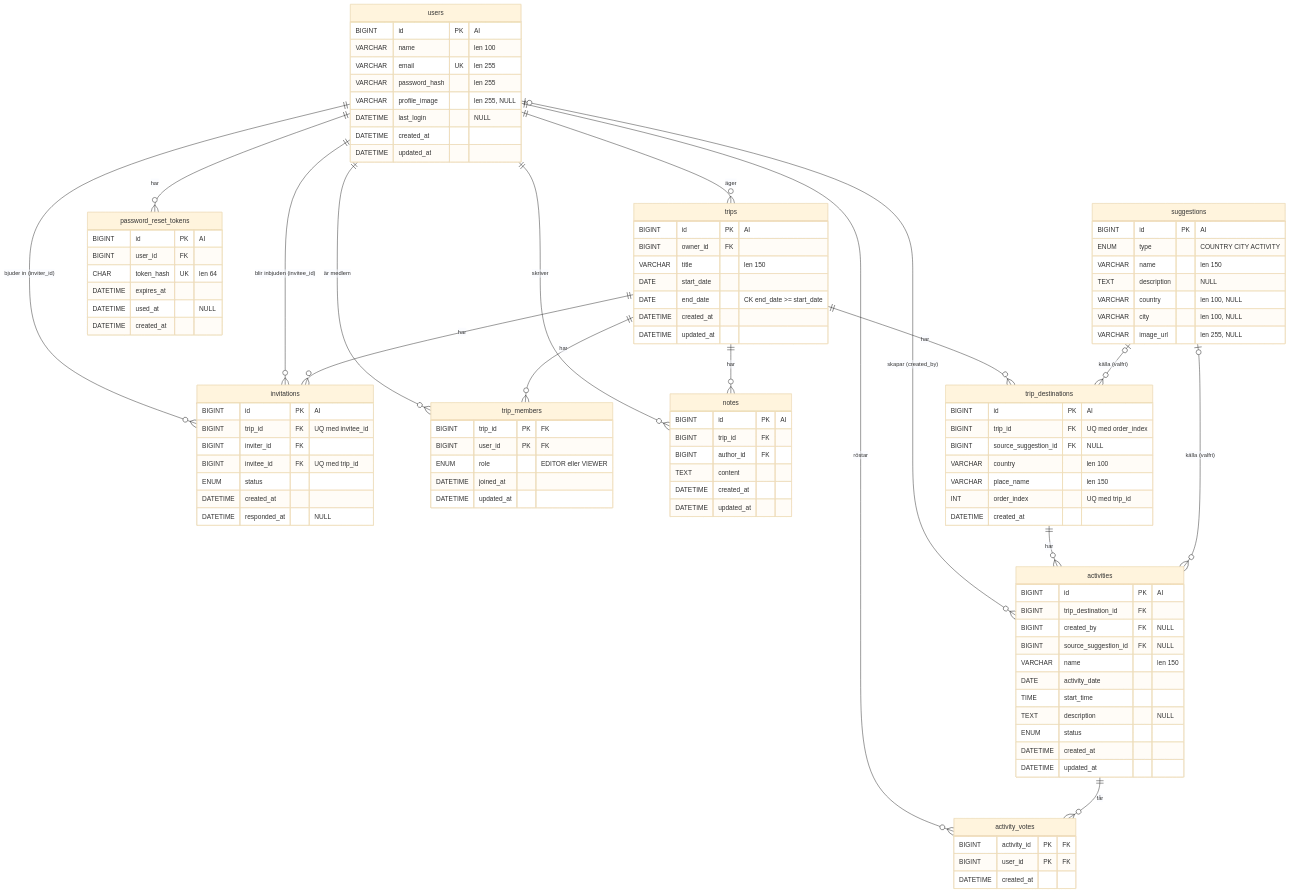
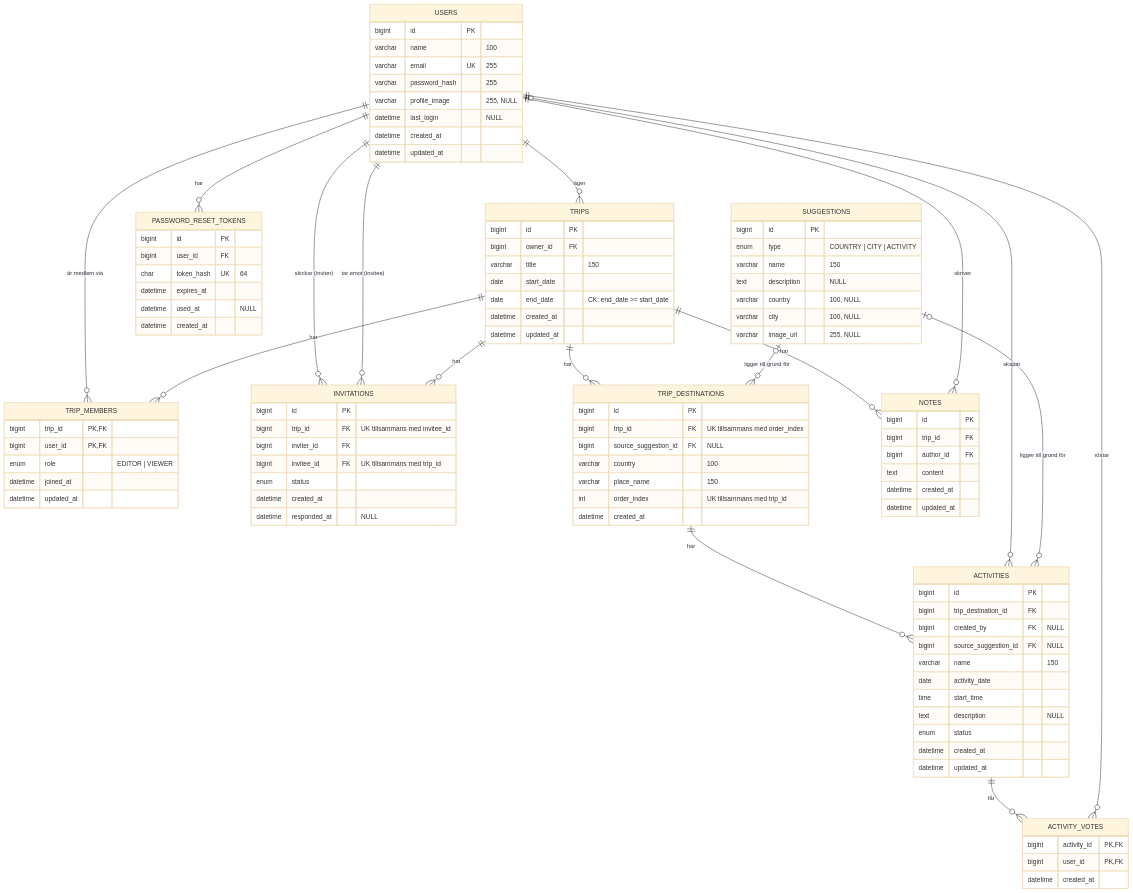
The diagram in databasschema.md (SODA-2026/journi), drawn with Mermaid (base theme) before and after one commit. The commit also changed other lines of this file, not shown here.

Commit message:
First draft of an ERD

````diff
--- a/databasschema.md
+++ b/databasschema.md
@@ -3,119 +8,107 @@
 ```mermaid
 erDiagram
-    users ||--o{ trips : "äger"
-    users ||--o{ invitations : "bjuder in (inviter_id)"
-    users ||--o{ invitations : "blir inbjuden (invitee_id)"
-    users ||--o{ trip_members : "är medlem"
-    users ||--o{ password_reset_tokens : "har"
-    users ||--o{ notes : "skriver"
-    users ||--o{ activity_votes : "röstar"
-    users |o--o{ activities : "skapar (created_by)"
-
-    trips ||--o{ invitations : "har"
-    trips ||--o{ trip_members : "har"
-    trips ||--o{ trip_destinations : "har"
-    trips ||--o{ notes : "har"
-
-    trip_destinations ||--o{ activities : "har"
-    activities ||--o{ activity_votes : "får"
-
-    suggestions |o--o{ trip_destinations : "källa (valfri)"
-    suggestions |o--o{ activities : "källa (valfri)"
-
-    users {
-        BIGINT id PK "AI"
-        VARCHAR name "len 100"
-        VARCHAR email UK "len 255"
-        VARCHAR password_hash "len 255"
-        VARCHAR profile_image "len 255, NULL"
-        DATETIME last_login "NULL"
-        DATETIME created_at
-        DATETIME updated_at
+    USERS ||--o{ TRIPS : "äger"
+    USERS ||--o{ TRIP_MEMBERS : "är medlem via"
+    TRIPS ||--o{ TRIP_MEMBERS : "har"
+    USERS ||--o{ INVITATIONS : "skickar (inviter)"
+    USERS ||--o{ INVITATIONS : "tar emot (invitee)"
+    TRIPS ||--o{ INVITATIONS : "har"
+    TRIPS ||--o{ TRIP_DESTINATIONS : "har"
+    TRIP_DESTINATIONS ||--o{ ACTIVITIES : "har"
+    USERS |o--o{ ACTIVITIES : "skapar"
+    ACTIVITIES ||--o{ ACTIVITY_VOTES : "får"
+    USERS ||--o{ ACTIVITY_VOTES : "röstar"
+    TRIPS ||--o{ NOTES : "har"
+    USERS ||--o{ NOTES : "skriver"
+    USERS ||--o{ PASSWORD_RESET_TOKENS : "har"
+    SUGGESTIONS |o--o{ TRIP_DESTINATIONS : "ligger till grund för"
+    SUGGESTIONS |o--o{ ACTIVITIES : "ligger till grund för"
+ 
+    USERS {
+        bigint id PK
+        varchar name "100"
+        varchar email UK "255"
+        varchar password_hash "255"
+        varchar profile_image "255, NULL"
+        datetime last_login "NULL"
+        datetime created_at
+        datetime updated_at
     }
-
-    invitations {
-        BIGINT id PK "AI"
-        BIGINT trip_id FK "UQ med invitee_id"
-        BIGINT inviter_id FK
-        BIGINT invitee_id FK "UQ med trip_id"
-        ENUM status
-        DATETIME created_at
-        DATETIME responded_at "NULL"
+    TRIPS {
+        bigint id PK
+        bigint owner_id FK
+        varchar title "150"
+        date start_date
+        date end_date "CK: end_date >= start_date"
+        datetime created_at
+        datetime updated_at
     }
-
-    trips {
-        BIGINT id PK "AI"
-        BIGINT owner_id FK
-        VARCHAR title "len 150"
-        DATE start_date
-        DATE end_date "CK end_date >= start_date"
-        DATETIME created_at
-        DATETIME updated_at
+    TRIP_MEMBERS {
+        bigint trip_id PK, FK
+        bigint user_id PK, FK
+        enum role "EDITOR | VIEWER"
+        datetime joined_at
+        datetime updated_at
     }
-
-    trip_destinations {
-        BIGINT id PK "AI"
-        BIGINT trip_id FK "UQ med order_index"
-        BIGINT source_suggestion_id FK "NULL"
-        VARCHAR country "len 100"
-        VARCHAR place_name "len 150"
-        INT order_index "UQ med trip_id"
-        DATETIME created_at
+    INVITATIONS {
+        bigint id PK
+        bigint trip_id FK "UK tillsammans med invitee_id"
+        bigint inviter_id FK
+        bigint invitee_id FK "UK tillsammans med trip_id"
+        enum status
+        datetime created_at
+        datetime responded_at "NULL"
     }
-
-    activities {
-        BIGINT id PK "AI"
-        BIGINT trip_destination_id FK
-        BIGINT created_by FK "NULL"
-        BIGINT source_suggestion_id FK "NULL"
-        VARCHAR name "len 150"
-        DATE activity_date
-        TIME start_time
-        TEXT description "NULL"
-        ENUM status
-        DATETIME created_at
-        DATETIME updated_at
+    TRIP_DESTINATIONS {
+        bigint id PK
+        bigint trip_id FK "UK tillsammans med order_index"
+        bigint source_suggestion_id FK "NULL"
+        varchar country "100"
+        varchar place_name "150"
+        int order_index "UK tillsammans med trip_id"
+        datetime created_at
     }
-
-    suggestions {
-        BIGINT id PK "AI"
-        ENUM type "COUNTRY CITY ACTIVITY"
-        VARCHAR name "len 150"
-        TEXT description "NULL"
-        VARCHAR country "len 100, NULL"
-        VARCHAR city "len 100, NULL"
-        VARCHAR image_url "len 255, NULL"
+    ACTIVITIES {
+        bigint id PK
+        bigint trip_destination_id FK
+        bigint created_by FK "NULL"
+        bigint source_suggestion_id FK "NULL"
+        varchar name "150"
+        date activity_date
+        time start_time
+        text description "NULL"
+        enum status
+        datetime created_at
+        datetime updated_at
     }
-
-    trip_members {
-        BIGINT trip_id PK "FK"
-        BIGINT user_id PK "FK"
-        ENUM role "EDITOR eller VIEWER"
-        DATETIME joined_at
-        DATETIME updated_at
+    ACTIVITY_VOTES {
+        bigint activity_id PK, FK
+        bigint user_id PK, FK
+        datetime created_at
     }
-
-    activity_votes {
-        BIGINT activity_id PK "FK"
-        BIGINT user_id PK "FK"
-        DATETIME created_at
+    NOTES {
+        bigint id PK
+        bigint trip_id FK
+        bigint author_id FK
+        text content
+        datetime created_at
+        datetime updated_at
     }
-
-    password_reset_tokens {
-        BIGINT id PK "AI"
-        BIGINT user_id FK
-        CHAR token_hash UK "len 64"
-        DATETIME expires_at
-        DATETIME used_at "NULL"
-        DATETIME created_at
+    PASSWORD_RESET_TOKENS {
+        bigint id PK
+        bigint user_id FK
+        char token_hash UK "64"
+        datetime expires_at
+        datetime used_at "NULL"
+        datetime created_at
     }
-
-    notes {
-        BIGINT id PK "AI"
-        BIGINT trip_id FK
-        BIGINT author_id FK
-        TEXT content
-        DATETIME created_at
-        DATETIME updated_at
+    SUGGESTIONS {
+        bigint id PK
+        enum type "COUNTRY | CITY | ACTIVITY"
+        varchar name "150"
+        text description "NULL"
+        varchar country "100, NULL"
+        varchar city "100, NULL"
+        varchar image_url "255, NULL"
     }
 ```
````
